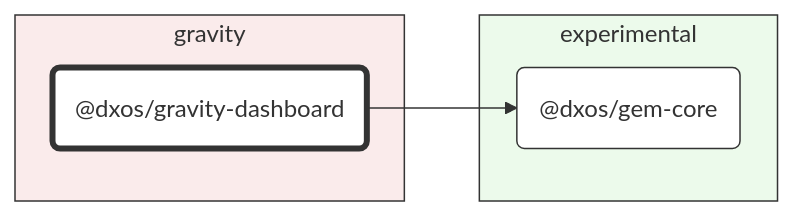
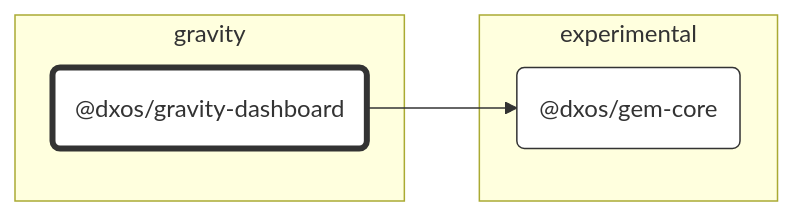
Before and after one commit to dxos/dxos: the diagram in packages/gravity/gravity-dashboard/docs/README.md, drawn with Mermaid. The commit also changed 80 other files, not shown here.

````diff
--- a/packages/gravity/gravity-dashboard/docs/README.md
+++ b/packages/gravity/gravity-dashboard/docs/README.md
@@ -7,27 +7,25 @@
 ```mermaid
 %%{ init: {'flowchart':{'curve':'basis'}} }%%
 
 flowchart LR
 
 %% Classes
 classDef def fill:#fff,stroke:#333,stroke-width:1px
 classDef root fill:#fff,stroke:#333,stroke-width:4px
 
 %% Nodes
 
 subgraph gravity [gravity]
-  style gravity fill:#faebeb,stroke:#333
   dxos/gravity-dashboard("@dxos/gravity-dashboard"):::root
   click dxos/gravity-dashboard "dxos/dxos/tree/main/packages/gravity/gravity-dashboard/docs"
 end
 
 subgraph experimental [experimental]
-  style experimental fill:#ecfaeb,stroke:#333
   dxos/gem-core("@dxos/gem-core"):::def
   click dxos/gem-core "dxos/dxos/tree/main/packages/experimental/gem-core/docs"
 end
 
 %% Links
 linkStyle default stroke:#333,stroke-width:1px
 dxos/gravity-dashboard --> dxos/gem-core
 ```
````
